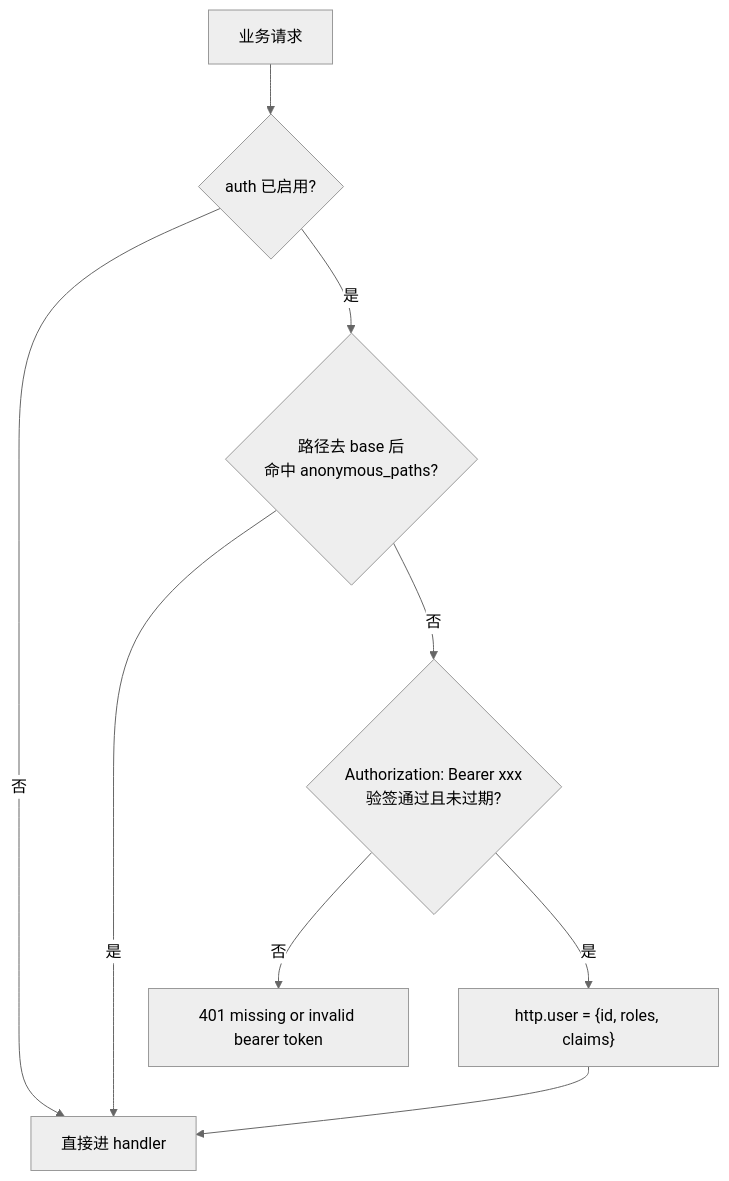
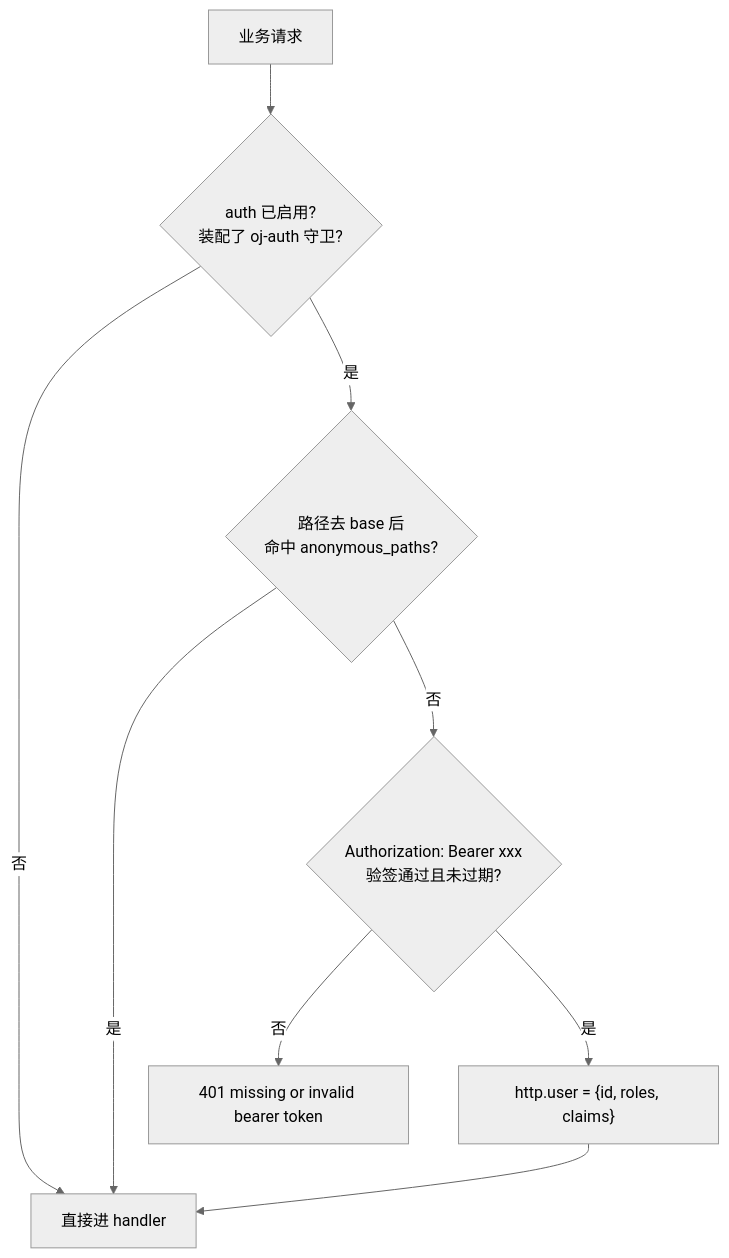
Before and after one commit to everpan/oj-bin: the fourth of 4 diagrams in docs/builtin-api-auth.md, drawn with Mermaid (neutral theme). The commit also changed other lines of this file and 10 other files, not shown here.

````diff
--- a/docs/builtin-api-auth.md
+++ b/docs/builtin-api-auth.md
@@ -106,11 +111,11 @@
 ```mermaid
 flowchart TD
-    A[业务请求] --> B{auth 已启用?}
+    A[业务请求] --> B{auth 已启用?<br/>装配了 oj-auth 守卫?}
     B -- 否 --> Z[直接进 handler]
     B -- 是 --> C{路径去 base 后<br/>命中 anonymous_paths?}
     C -- 是 --> Z
     C -- 否 --> D{Authorization: Bearer xxx<br/>验签通过且未过期?}
     D -- 否 --> E[401 missing or invalid bearer token]
     D -- 是 --> F["http.user = {id, roles, claims}"]
     F --> Z
 ```
````
